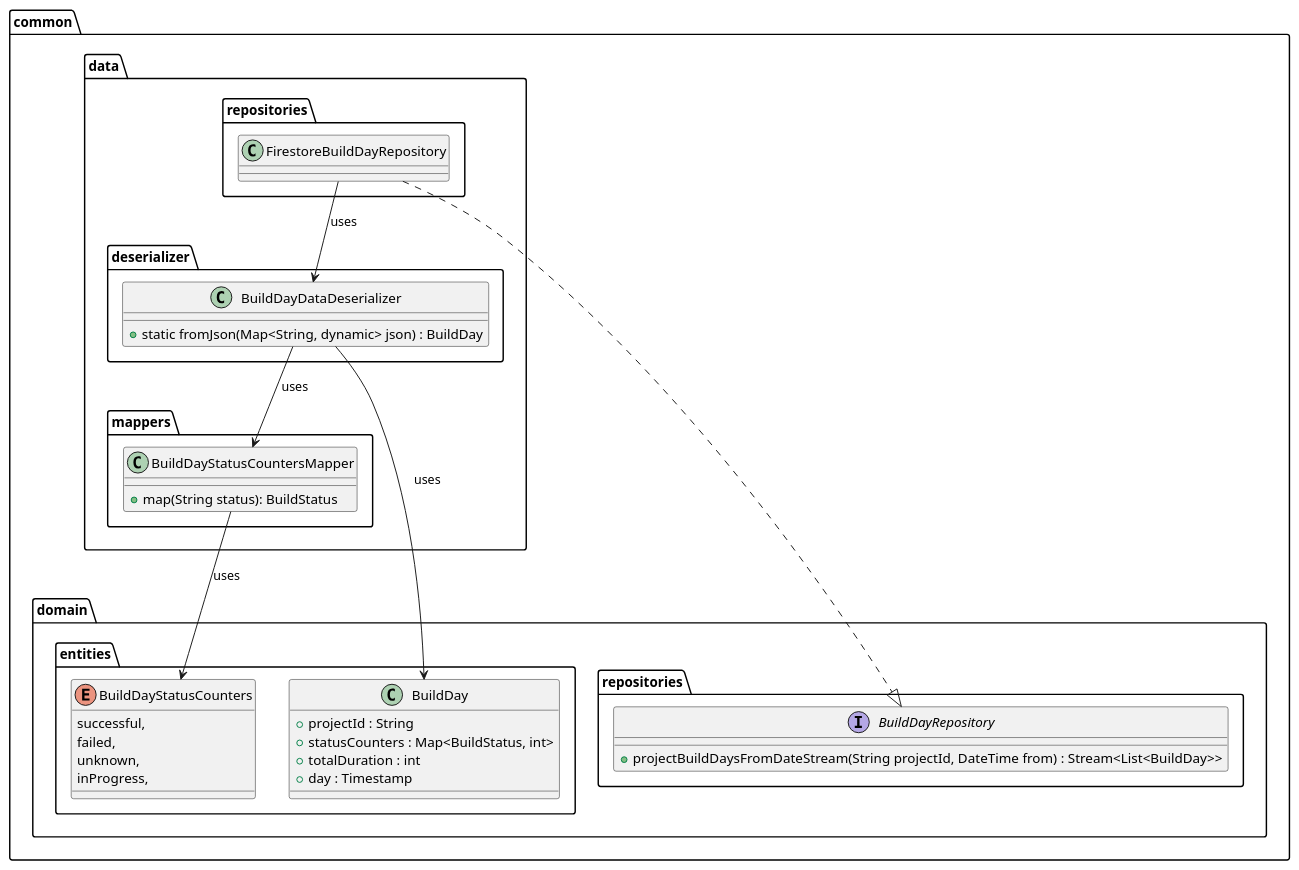
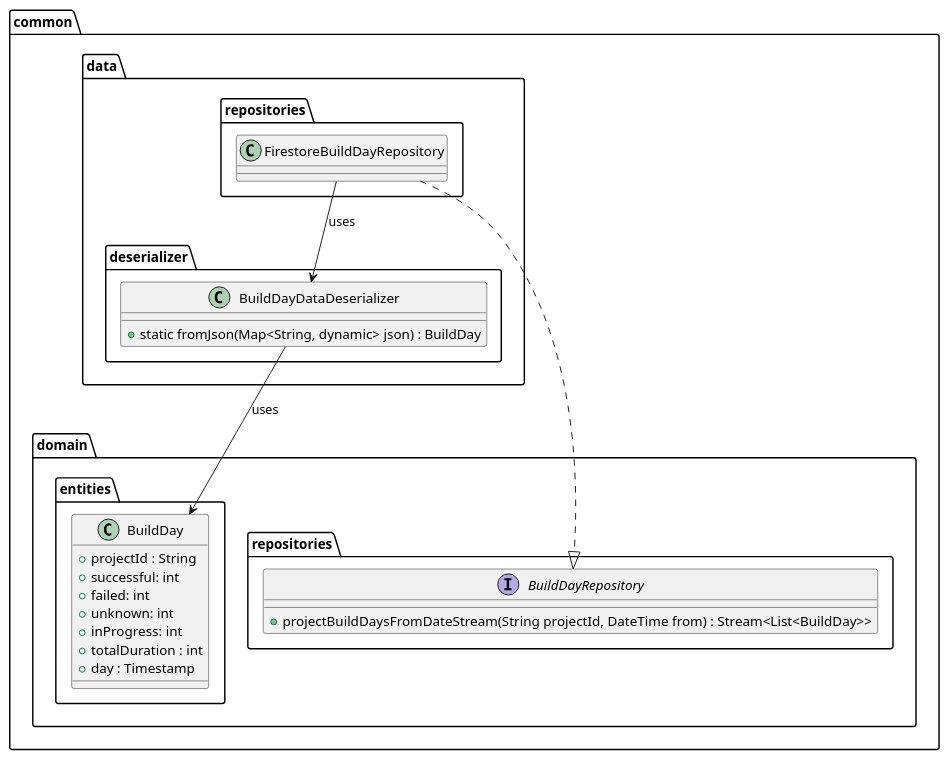
One commit to Flank/flank-dashboard changed the diagram in metrics/web/docs/features/builds_aggregation/diagrams/build_days_data_layer_class_diagram.puml. Above: the diagram before and after it, drawn with PlantUML. The commit also changed 3 other files, not shown here.

```diff
--- a/metrics/web/docs/features/builds_aggregation/diagrams/build_days_data_layer_class_diagram.puml
+++ b/metrics/web/docs/features/builds_aggregation/diagrams/build_days_data_layer_class_diagram.puml
@@ -1,55 +1,43 @@
 @startuml build_days_data_layer_class_diagram
 
 package common {
     package domain {
         package repositories {
             interface BuildDayRepository {
                 + projectBuildDaysFromDateStream(String projectId, DateTime from) : Stream<List<BuildDay>>
             }
         }
 
         package entities {
             class BuildDay {
                 + projectId : String
-                + statusCounters : Map<BuildStatus, int>
+                + successful: int
+                + failed: int
+                + unknown: int
+                + inProgress: int
                 + totalDuration : int
                 + day : Timestamp
-            }
-
-            enum BuildDayStatusCounters {
-                successful,
-                failed,
-                unknown,
-                inProgress,
             }
         }
     }
 
     package data {
         package repositories as data_repositories {
             class FirestoreBuildDayRepository {}
         }
 
         package deserializer {
             class BuildDayDataDeserializer {
                 + static fromJson(Map<String, dynamic> json) : BuildDay
             }
         }
-
-        package mappers {
-            class BuildDayStatusCountersMapper {
-                + map(String status): BuildStatus
-            }
-        }
     }
 }
 
 
 FirestoreBuildDayRepository ..|> BuildDayRepository
 FirestoreBuildDayRepository --> BuildDayDataDeserializer : uses
-BuildDayDataDeserializer --> BuildDayStatusCountersMapper: uses
-BuildDayStatusCountersMapper --> BuildDayStatusCounters : uses
 
 BuildDayDataDeserializer --> BuildDay : uses
 
 @enduml
```
